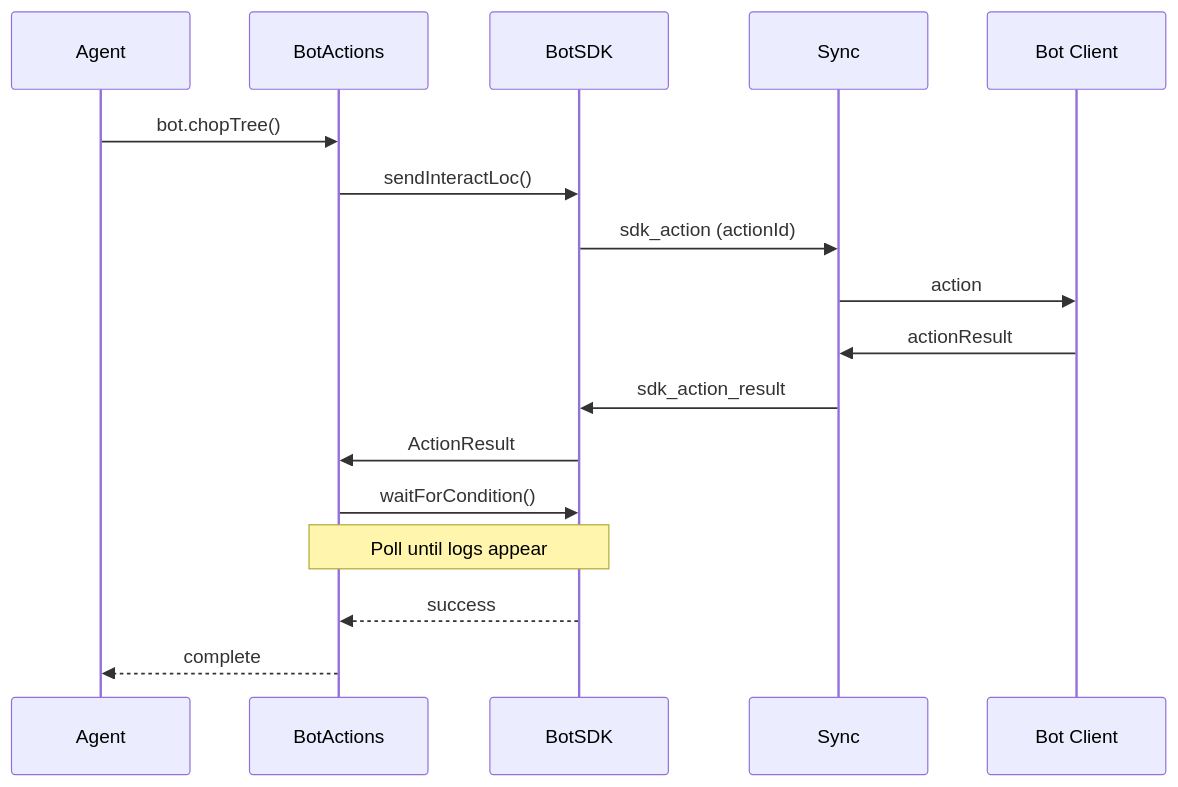
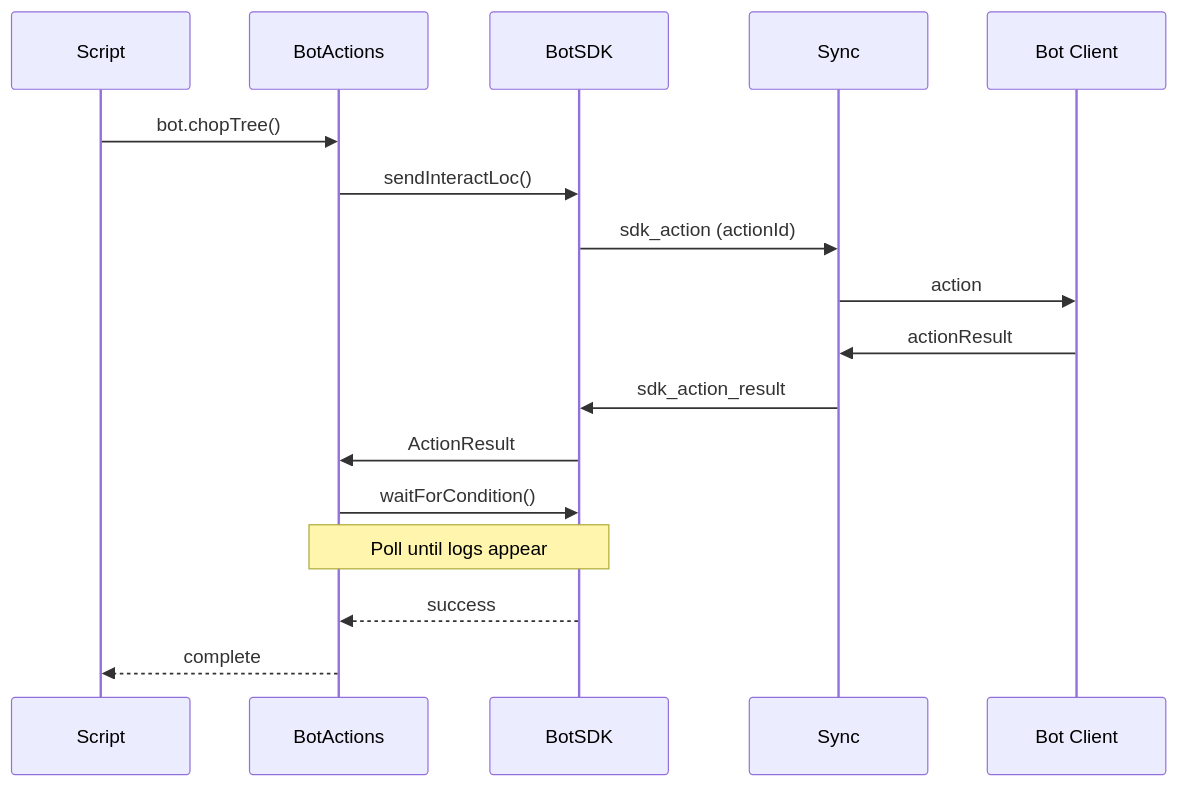
Before and after one commit to AuburyEssentian/rs-sdk: the second of 5 diagrams in system-architecture.md, drawn with Mermaid. The commit also changed other lines of this file and 11 other files, not shown here.

````diff
--- a/system-architecture.md
+++ b/system-architecture.md
@@ -79,20 +72,20 @@
 ```mermaid
 sequenceDiagram
-    participant Agent
+    participant Script
     participant Porcelain as BotActions
     participant SDK as BotSDK
     participant Sync
     participant Bot as Bot Client
 
-    Agent->>Porcelain: bot.chopTree()
+    Script->>Porcelain: bot.chopTree()
     Porcelain->>SDK: sendInteractLoc()
     SDK->>Sync: sdk_action (actionId)
     Sync->>Bot: action
     Bot->>Sync: actionResult
     Sync->>SDK: sdk_action_result
     SDK->>Porcelain: ActionResult
     Porcelain->>SDK: waitForCondition()
     Note over Porcelain,SDK: Poll until logs appear
     SDK-->>Porcelain: success
-    Porcelain-->>Agent: complete
+    Porcelain-->>Script: complete
 ```
````
